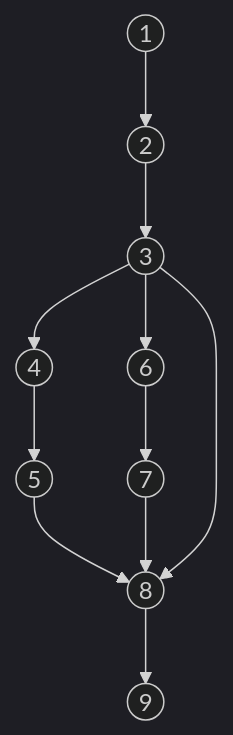
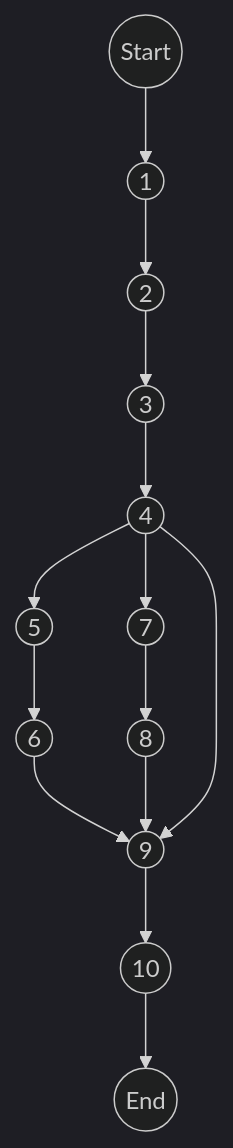
Before and after one commit to tienminhvy/ghnotes: the first of 4 diagrams in _posts/2023-11-28-KTPM.md, drawn with Mermaid (dark theme). The commit also changed other lines of this file, not shown here.

````diff
--- a/_posts/2023-11-28-KTPM.md
+++ b/_posts/2023-11-28-KTPM.md
@@ -44,19 +44,23 @@
 ```mermaid
 flowchart TD
+p0(("Start"))
 p1(("1"))
 p2(("2"))
 p3(("3"))
 p4(("4"))
 p5(("5"))
 p6(("6"))
 p7(("7"))
 p8(("8"))
 p9(("9"))
-p1-->p2-->p3
-p3-->p4-->p5
-p3-->p6-->p7
-p5-->p8
-p7-->p8
+p10(("10"))
+pe(("End"))
+p0-->p1-->p2-->p3-->p4
+p4-->p5-->p6
+p4-->p7-->p8
+p6-->p9
 p8-->p9
-p3-->p8
+p4-->p9
+p9-->p10
+p10-->pe
 ```
````
